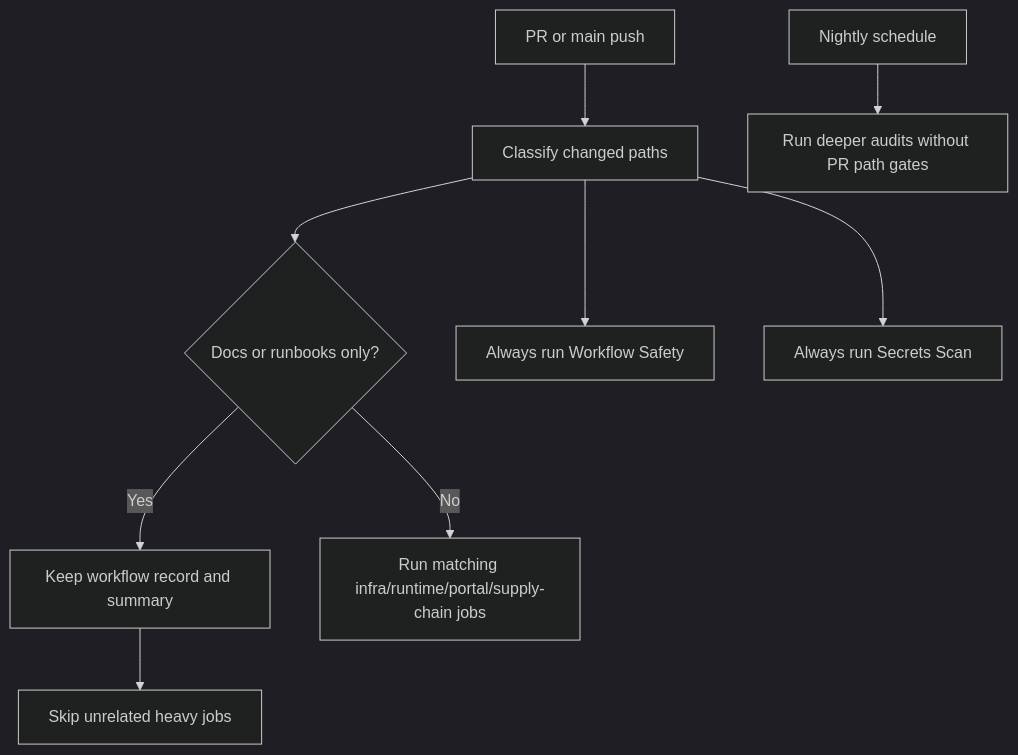
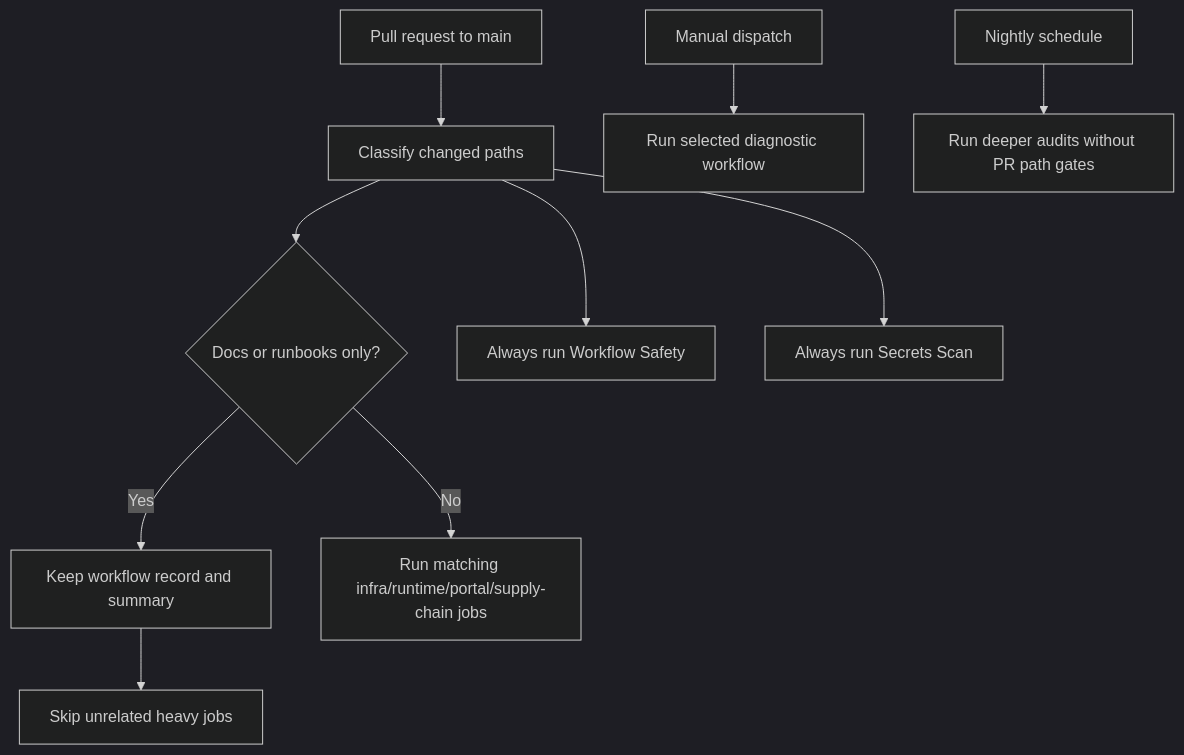
The first of 2 diagrams in GITHUB_ACTIONS_AUTOMATION.md (ramideltoro/nutsnews-docs), drawn with Mermaid (dark theme) before and after one commit. The commit also changed other lines of this file, not shown here.

Commit message:
Document infra PR-only validation checks

````diff
--- a/GITHUB_ACTIONS_AUTOMATION.md
+++ b/GITHUB_ACTIONS_AUTOMATION.md
@@ -66,11 +66,12 @@
 ```mermaid
 flowchart TD
-  A[PR or main push] --> B[Classify changed paths]
+  A[Pull request to main] --> B[Classify changed paths]
   B --> C{Docs or runbooks only?}
   C -->|Yes| D[Keep workflow record and summary]
   D --> E[Skip unrelated heavy jobs]
   C -->|No| F[Run matching infra/runtime/portal/supply-chain jobs]
   B --> G[Always run Workflow Safety]
   B --> H[Always run Secrets Scan]
-  I[Nightly schedule] --> J[Run deeper audits without PR path gates]
+  I[Manual dispatch] --> K[Run selected diagnostic workflow]
+  L[Nightly schedule] --> J[Run deeper audits without PR path gates]
 ```
````
